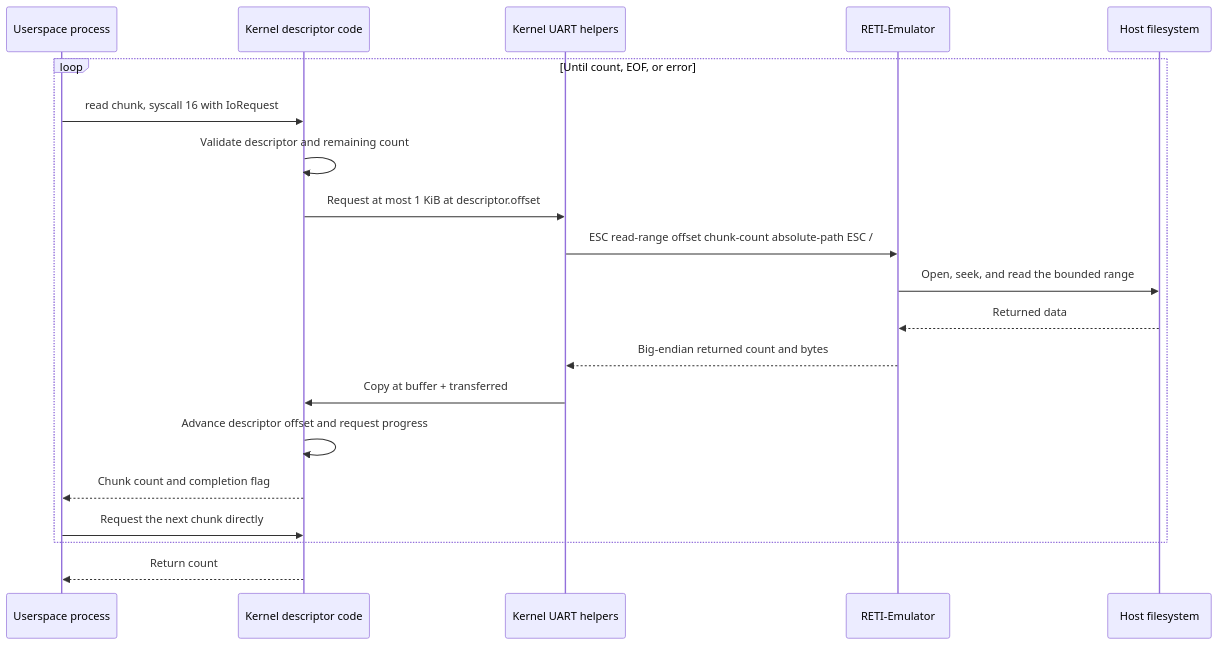
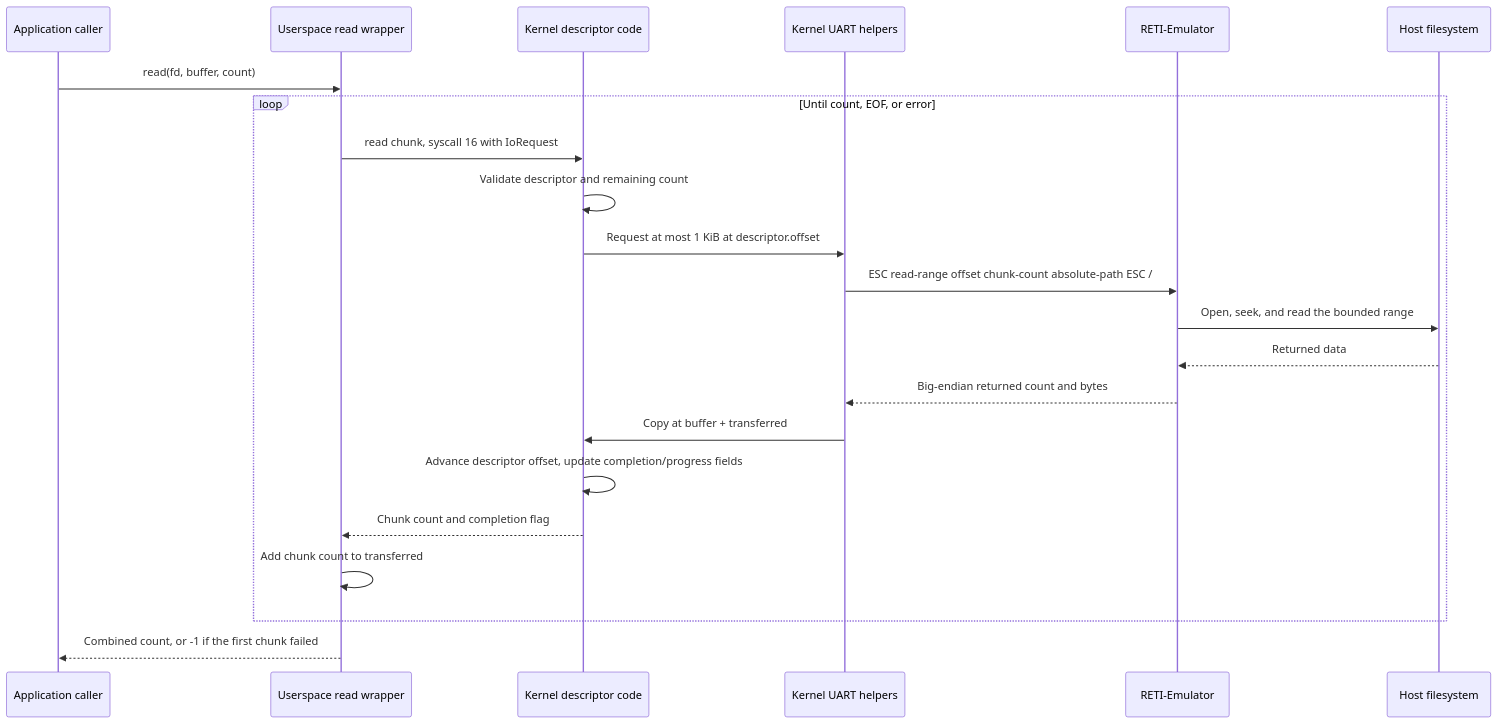
One commit to matthejue/Pico-OS changed diagram 22 of 30 in README.md. Above: the diagram before and after it, drawn with Mermaid. The commit also changed other lines of this file, not shown here.

Commit message:
updated README with clearer explanations, diagrams, and source links

````diff
--- a/README.md
+++ b/README.md
@@ -2706,23 +3003,25 @@
 ```mermaid
 sequenceDiagram
-    participant A as Userspace process
+    participant C as Application caller
+    participant A as Userspace read wrapper
     participant K as Kernel descriptor code
     participant U as Kernel UART helpers
     participant E as RETI-Emulator
     participant H as Host filesystem
 
+    C->>A: read(fd, buffer, count)
     loop Until count, EOF, or error
         A->>K: read chunk, syscall 16 with IoRequest
         K->>K: Validate descriptor and remaining count
         K->>U: Request at most 1 KiB at descriptor.offset
         U->>E: ESC read-range offset chunk-count absolute-path ESC /
         E->>H: Open, seek, and read the bounded range
         H-->>E: Returned data
         E-->>U: Big-endian returned count and bytes
         U->>K: Copy at buffer + transferred
-        K->>K: Advance descriptor offset and request progress
+        K->>K: Advance descriptor offset, update completion/progress fields
         K-->>A: Chunk count and completion flag
-        A->>K: Request the next chunk directly
+        A->>A: Add chunk count to transferred
     end
-    K-->>A: Return count
+    A-->>C: Combined count, or -1 if the first chunk failed
 ```
````
